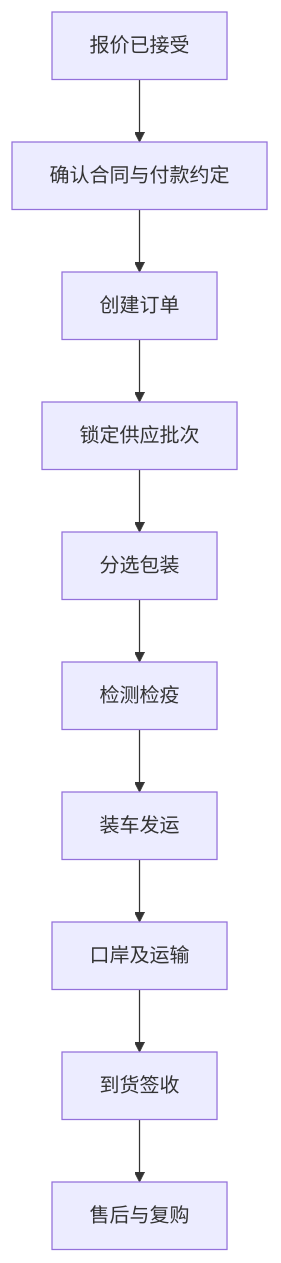
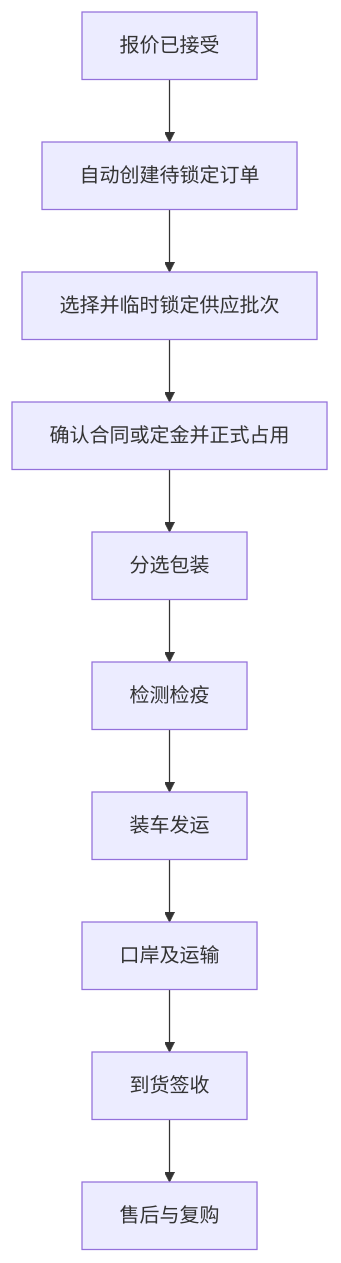
The third of 3 diagrams in docs/03-user-roles-and-flows.md (azhang111111/PotatoLink_doc), drawn with Mermaid before and after one commit. The commit also changed 9 other files, not shown here.

````diff
--- a/docs/03-user-roles-and-flows.md
+++ b/docs/03-user-roles-and-flows.md
@@ -74,12 +74,12 @@
 ```mermaid
 flowchart TD
-    A[报价已接受] --> B[确认合同与付款约定]
-    B --> C[创建订单]
-    C --> D[锁定供应批次]
+    A[报价已接受] --> B[自动创建待锁定订单]
+    B --> C[选择并临时锁定供应批次]
+    C --> D[确认合同或定金并正式占用]
     D --> E[分选包装]
     E --> F[检测检疫]
     F --> G[装车发运]
     G --> H[口岸及运输]
     H --> I[到货签收]
     I --> J[售后与复购]
 ```
````
